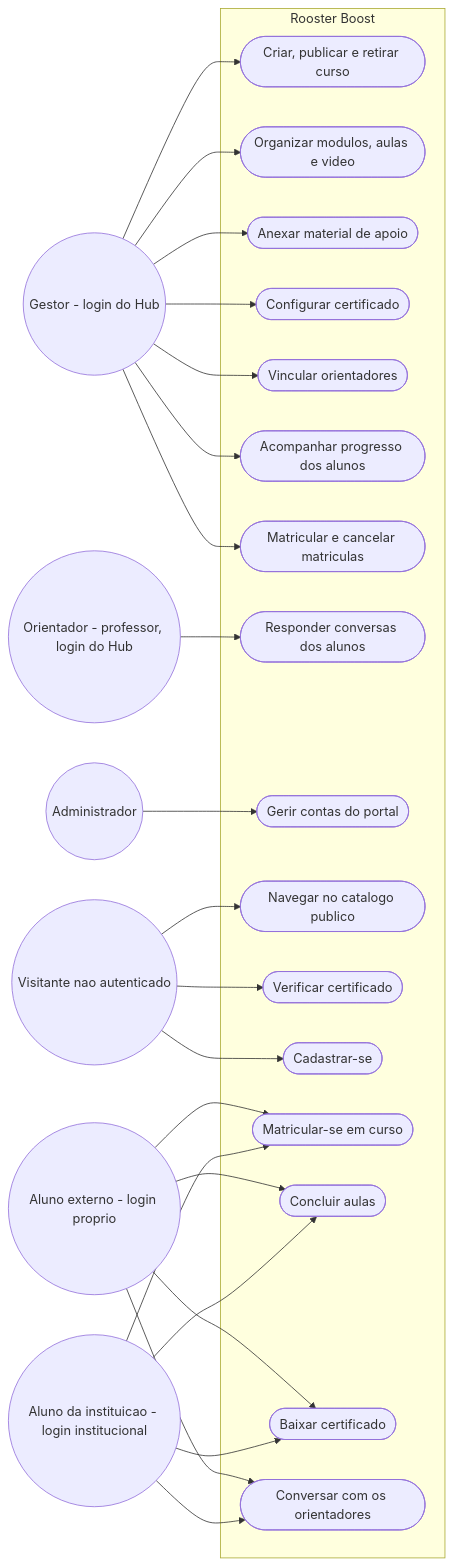
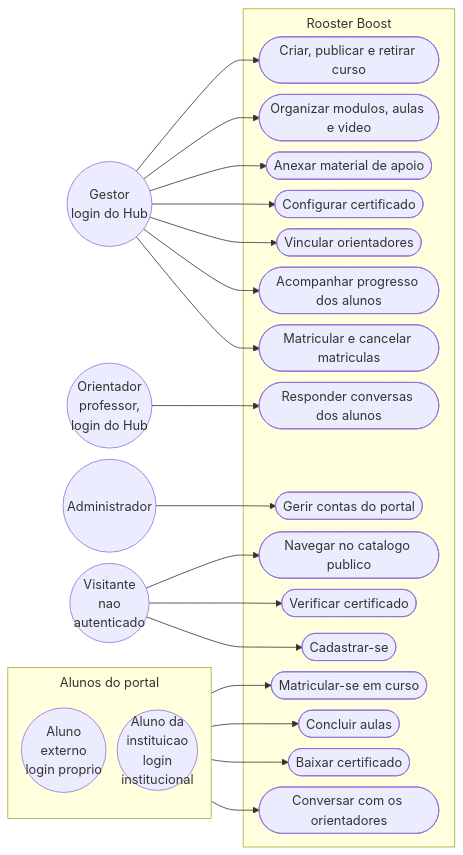
The diagram in docs/diagramas/src/casos-uso-boost.mmd (bebberjoao/RoosterOneBackend), drawn with Mermaid before and after one commit. The commit also changed 129 other files, not shown here.

First line of the commit message:
docs: diagramas revistos para legibilidade e conferidos com o código

```diff
--- a/docs/diagramas/src/casos-uso-boost.mmd
+++ b/docs/diagramas/src/casos-uso-boost.mmd
@@ -1,47 +1,46 @@
+%%{init: {"flowchart":{"subGraphTitleMargin":{"top":6,"bottom":12},"nodeSpacing":14,"rankSpacing":40,"padding":10,"diagramPadding":6}}}%%
 flowchart LR
-  GES((Gestor - login do Hub))
-  ORI((Orientador - professor, login do Hub))
+  GES((Gestor<br/>login do Hub))
+  ORI((Orientador<br/>professor,<br/>login do Hub))
   ADM((Administrador))
-  EXT((Aluno externo - login proprio))
-  INT((Aluno da instituicao - login institucional))
-  VIS((Visitante nao autenticado))
+  VIS((Visitante<br/>nao<br/>autenticado))
+  subgraph ALUNOS[Alunos do portal]
+    EXT((Aluno<br/>externo<br/>login proprio))
+    INT((Aluno da<br/>instituicao<br/>login<br/>institucional))
+  end
 
   subgraph Boost[Rooster Boost]
     B1([Criar, publicar e retirar curso])
     B2([Organizar modulos, aulas e video])
     B3([Anexar material de apoio])
     B4([Configurar certificado])
     B5([Vincular orientadores])
     B6([Acompanhar progresso dos alunos])
     B16([Matricular e cancelar matriculas])
     B7([Responder conversas dos alunos])
     B8([Gerir contas do portal])
     B9([Navegar no catalogo publico])
     B10([Verificar certificado])
     B11([Cadastrar-se])
     B12([Matricular-se em curso])
     B13([Concluir aulas])
     B14([Baixar certificado])
     B15([Conversar com os orientadores])
   end
 
   GES --> B1
   GES --> B2
   GES --> B3
   GES --> B4
   GES --> B5
   GES --> B6
   GES --> B16
   ORI --> B7
   ADM --> B8
   VIS --> B9
   VIS --> B10
   VIS --> B11
-  EXT --> B12
-  EXT --> B13
-  EXT --> B14
-  EXT --> B15
-  INT --> B12
-  INT --> B13
-  INT --> B14
-  INT --> B15
+  ALUNOS --> B12
+  ALUNOS --> B13
+  ALUNOS --> B14
+  ALUNOS --> B15
```
